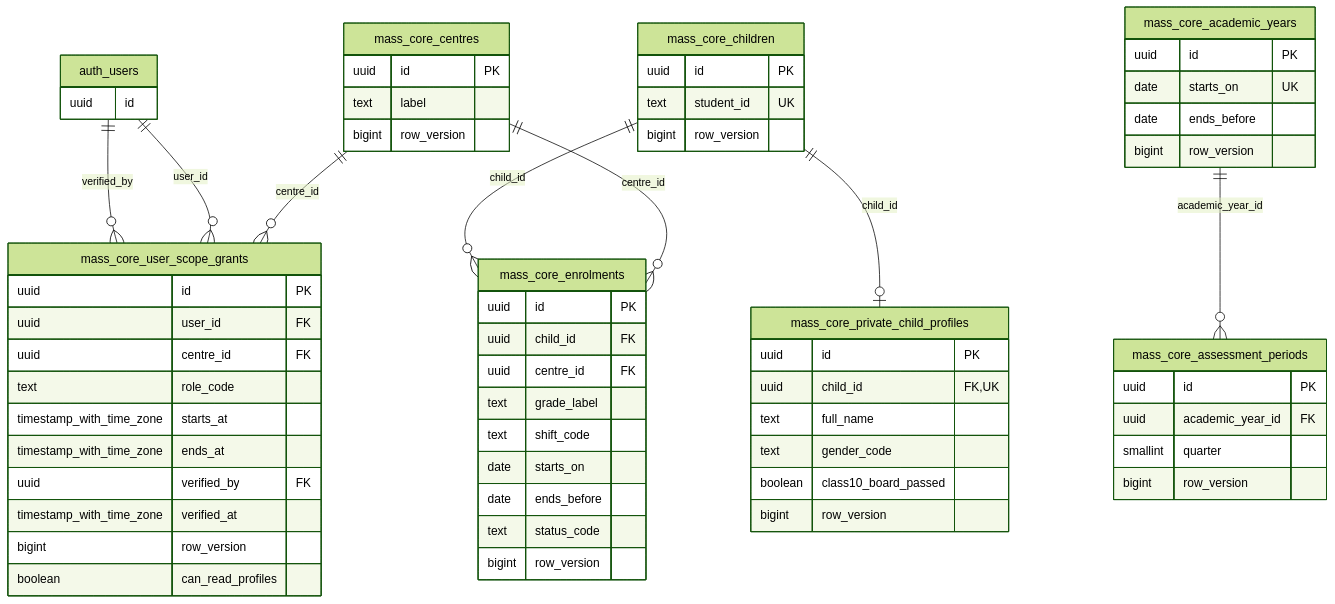
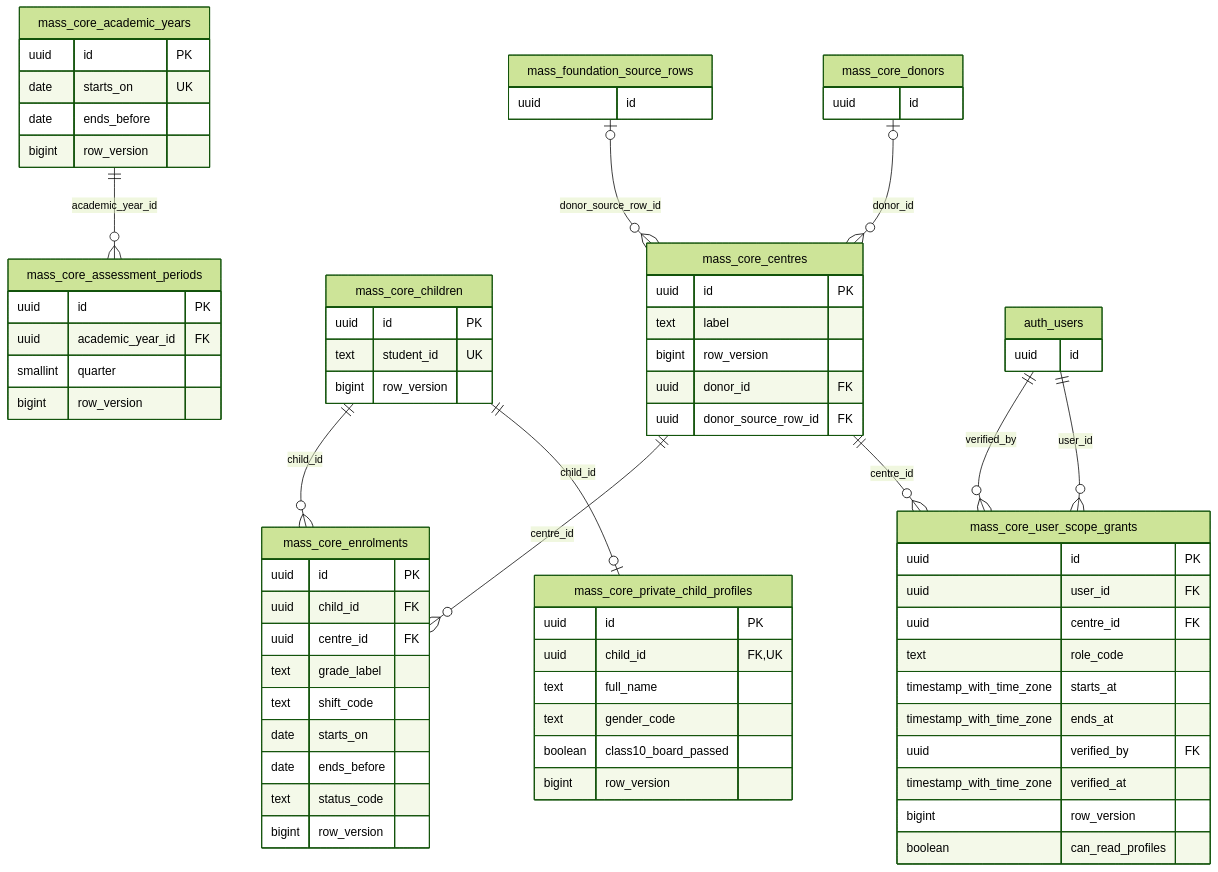
One commit to mass-org-data/mass-cac-dashboard changed the second of 3 diagrams in docs/DATABASE-ERD.md. Above: the diagram before and after it, drawn with Mermaid (forest theme). The commit also changed other lines of this file and 35 other files, not shown here.

````diff
--- a/docs/DATABASE-ERD.md
+++ b/docs/DATABASE-ERD.md
@@ -89,66 +89,76 @@
 ```mermaid
 erDiagram
     mass_core_centres {
         uuid id PK
         text label
         bigint row_version
+        uuid donor_id FK
+        uuid donor_source_row_id FK
     }
     mass_core_user_scope_grants {
         uuid id PK
         uuid user_id FK
         uuid centre_id FK
         text role_code
         timestamp_with_time_zone starts_at
         timestamp_with_time_zone ends_at
         uuid verified_by FK
         timestamp_with_time_zone verified_at
         bigint row_version
         boolean can_read_profiles
     }
     mass_core_children {
         uuid id PK
         text student_id UK
         bigint row_version
     }
     mass_core_private_child_profiles {
         uuid id PK
         uuid child_id FK,UK
         text full_name
         text gender_code
         boolean class10_board_passed
         bigint row_version
     }
     mass_core_enrolments {
         uuid id PK
         uuid child_id FK
         uuid centre_id FK
         text grade_label
         text shift_code
         date starts_on
         date ends_before
         text status_code
         bigint row_version
     }
     mass_core_academic_years {
         uuid id PK
         date starts_on UK
         date ends_before
         bigint row_version
     }
     mass_core_assessment_periods {
         uuid id PK
         uuid academic_year_id FK
         smallint quarter
         bigint row_version
     }
     auth_users {
         uuid id
     }
+    mass_core_donors {
+        uuid id
+    }
+    mass_foundation_source_rows {
+        uuid id
+    }
+    mass_core_donors |o--o{ mass_core_centres : "donor_id"
+    mass_foundation_source_rows |o--o{ mass_core_centres : "donor_source_row_id"
     mass_core_centres ||--o{ mass_core_user_scope_grants : "centre_id"
     auth_users ||--o{ mass_core_user_scope_grants : "user_id"
     auth_users ||--o{ mass_core_user_scope_grants : "verified_by"
     mass_core_children ||--o| mass_core_private_child_profiles : "child_id"
     mass_core_centres ||--o{ mass_core_enrolments : "centre_id"
     mass_core_children ||--o{ mass_core_enrolments : "child_id"
     mass_core_academic_years ||--o{ mass_core_assessment_periods : "academic_year_id"
 ```
````
